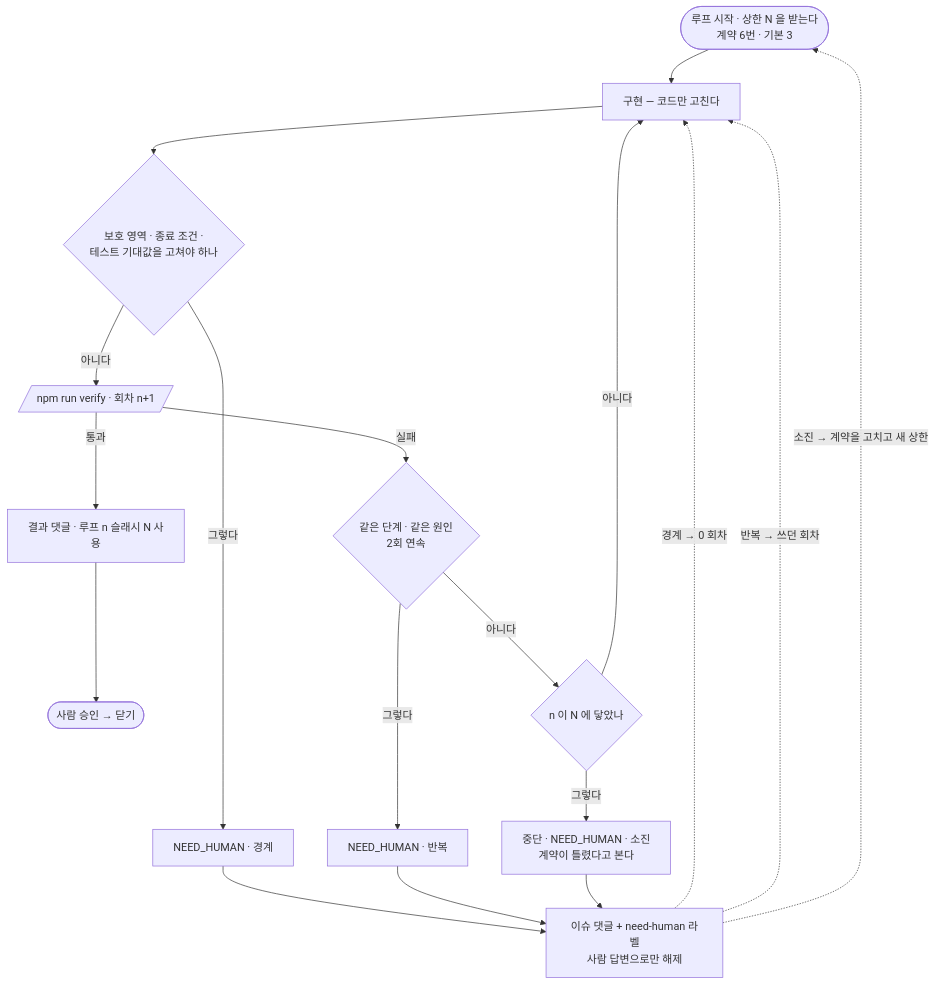
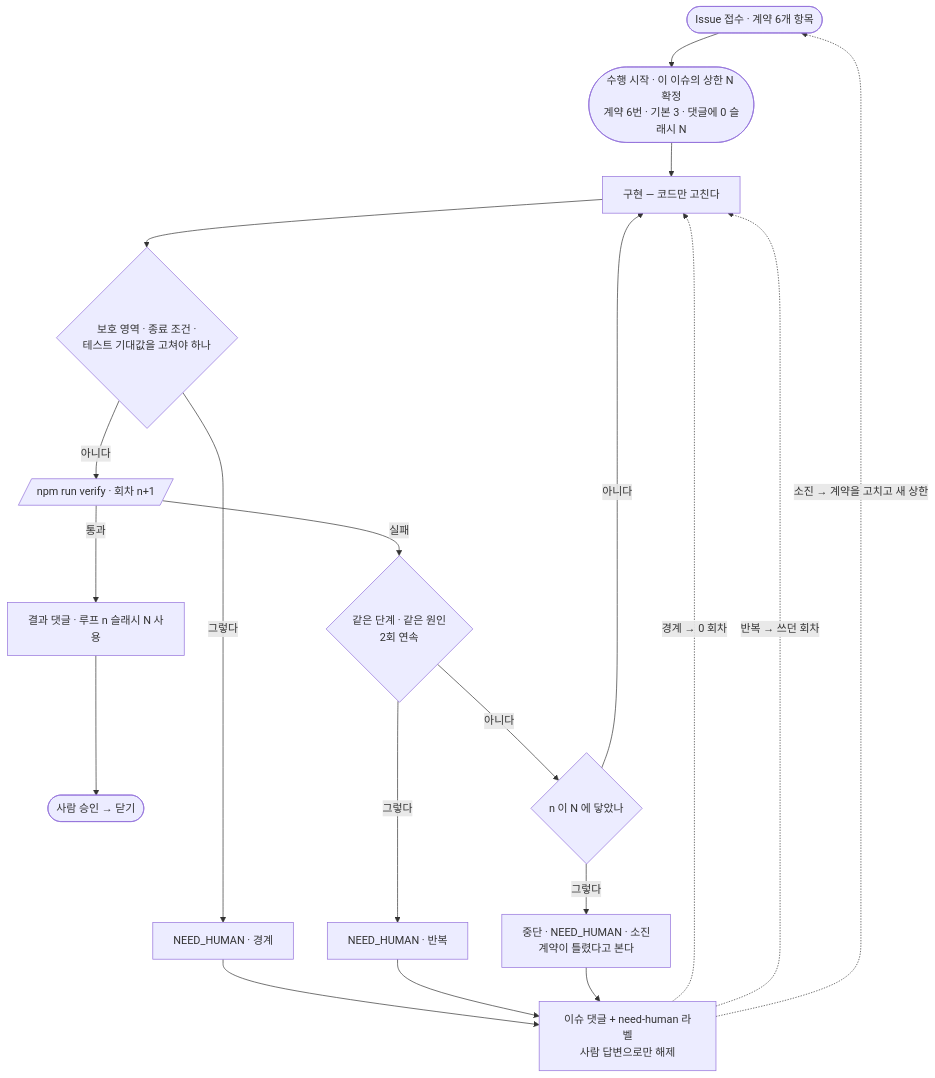
The first of 2 diagrams in docs/harness/loop.md (KIMJONGUK/inventory-poc), drawn with Mermaid before and after one commit. The commit also changed other lines of this file, not shown here.

````diff
--- a/docs/harness/loop.md
+++ b/docs/harness/loop.md
@@ -22,19 +23,19 @@
 ```mermaid
 flowchart TD
-    A([루프 시작 · 상한 N 을 받는다<br/>계약 6번 · 기본 3]) --> C[구현 — 코드만 고친다]
+    I([Issue 접수 · 계약 6개 항목]) --> A([수행 시작 · 이 이슈의 상한 N 확정<br/>계약 6번 · 기본 3 · 댓글에 0 슬래시 N]) --> C[구현 — 코드만 고친다]
     C --> B{보호 영역 · 종료 조건 ·<br/>테스트 기대값을 고쳐야 하나}
     B -- 그렇다 --> H2[NEED_HUMAN · 경계]
     B -- 아니다 --> V[/npm run verify · 회차 n+1/]
     V -- 통과 --> D[결과 댓글 · 루프 n 슬래시 N 사용] --> E([사람 승인 → 닫기])
     V -- 실패 --> R{같은 단계 · 같은 원인<br/>2회 연속}
     R -- 그렇다 --> H3[NEED_HUMAN · 반복]
     R -- 아니다 --> L{n 이 N 에 닿았나}
     L -- 아니다 --> C
     L -- 그렇다 --> H4[중단 · NEED_HUMAN · 소진<br/>계약이 틀렸다고 본다]
     H2 --> W
     H3 --> W
     H4 --> W[이슈 댓글 + need-human 라벨<br/>사람 답변으로만 해제]
     W -. 경계 → 0 회차 .-> C
     W -. 반복 → 쓰던 회차 .-> C
-    W -. 소진 → 계약을 고치고 새 상한 .-> A
+    W -. 소진 → 계약을 고치고 새 상한 .-> I
 ```
````
